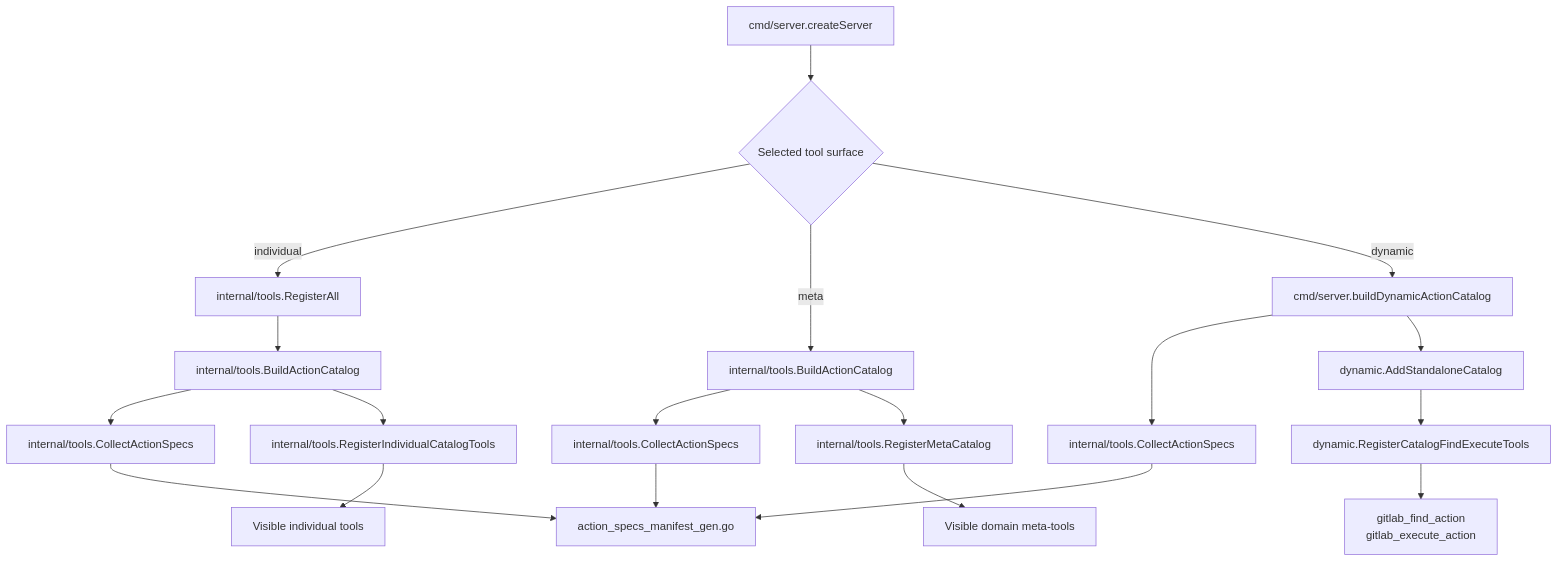
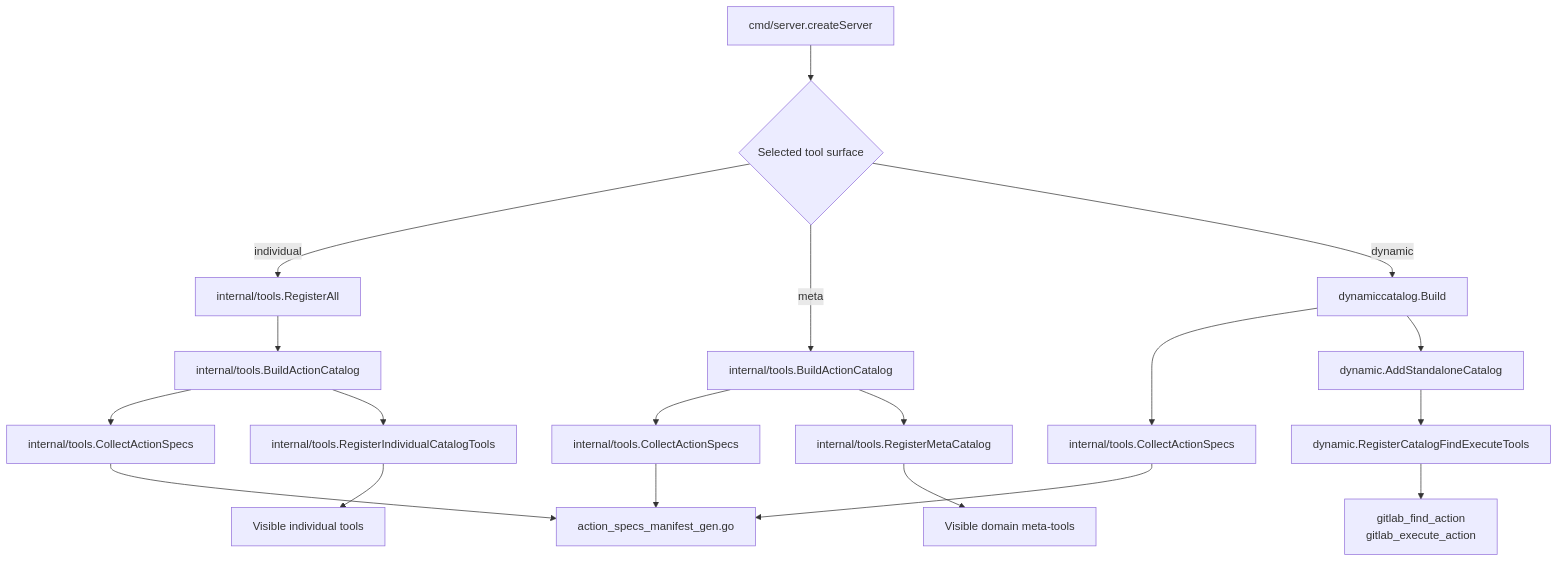
The second of 2 diagrams in docs/development/tool-surfaces-and-action-core.md (jmrplens/gitlab-mcp-server), drawn with Mermaid before and after one commit. The commit also changed 20 other files, not shown here.

````diff
--- a/docs/development/tool-surfaces-and-action-core.md
+++ b/docs/development/tool-surfaces-and-action-core.md
@@ -127,27 +127,27 @@
 ```mermaid
 flowchart TD
     server[cmd/server.createServer]
     selector{Selected tool surface}
 
     server --> selector
 
     selector -->|individual| registerAll[internal/tools.RegisterAll]
     registerAll --> buildIndividual[internal/tools.BuildActionCatalog]
     buildIndividual --> collectIndividualSpecs[internal/tools.CollectActionSpecs]
     collectIndividualSpecs --> generatedManifest
     buildIndividual --> individualProjection[internal/tools.RegisterIndividualCatalogTools]
     individualProjection --> visibleIndividual[Visible individual tools]
 
     selector -->|meta| buildMeta[internal/tools.BuildActionCatalog]
     buildMeta --> collectSpecs[internal/tools.CollectActionSpecs]
     collectSpecs --> generatedManifest[action_specs_manifest_gen.go]
     buildMeta --> registerMeta[internal/tools.RegisterMetaCatalog]
     registerMeta --> metaTools[Visible domain meta-tools]
 
-    selector -->|dynamic| buildDynamic[cmd/server.buildDynamicActionCatalog]
+    selector -->|dynamic| buildDynamic[dynamiccatalog.Build]
     buildDynamic --> collectDynamicSpecs[internal/tools.CollectActionSpecs]
     collectDynamicSpecs --> generatedManifest
     buildDynamic --> standalone[dynamic.AddStandaloneCatalog]
     standalone --> dynamicTools[dynamic.RegisterCatalogFindExecuteTools]
     dynamicTools --> twoTools[gitlab_find_action\ngitlab_execute_action]
 ```
````
